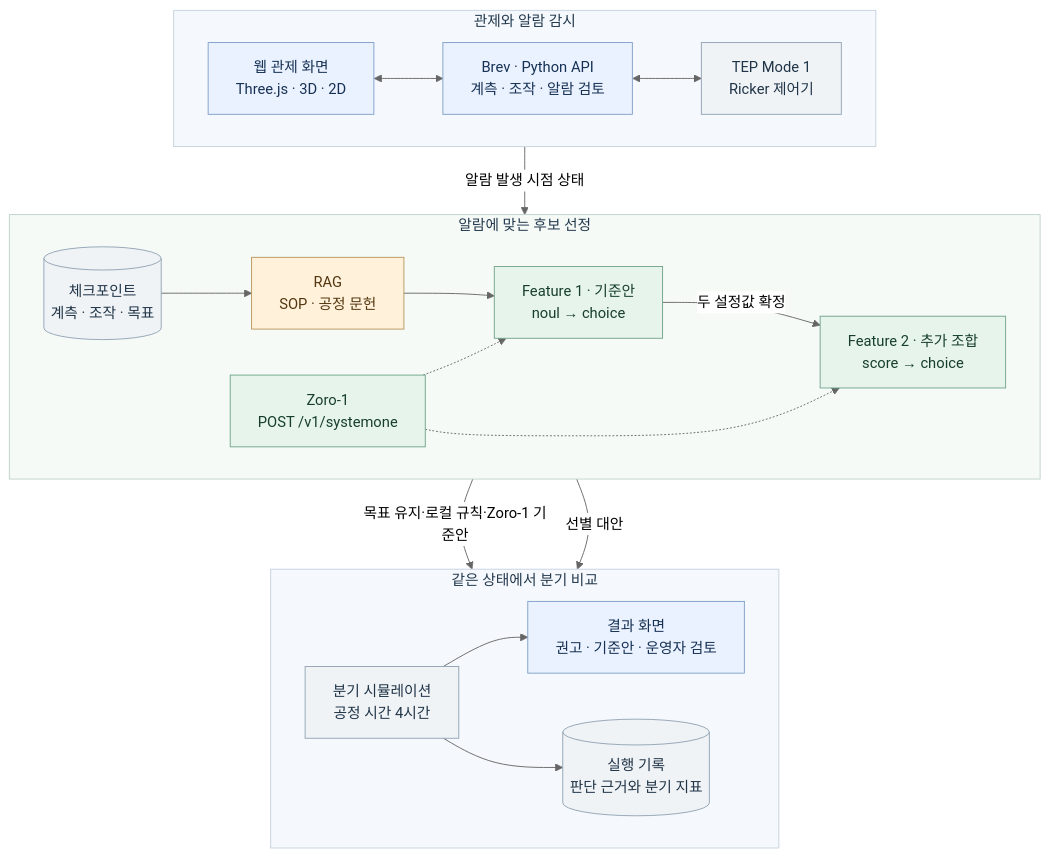
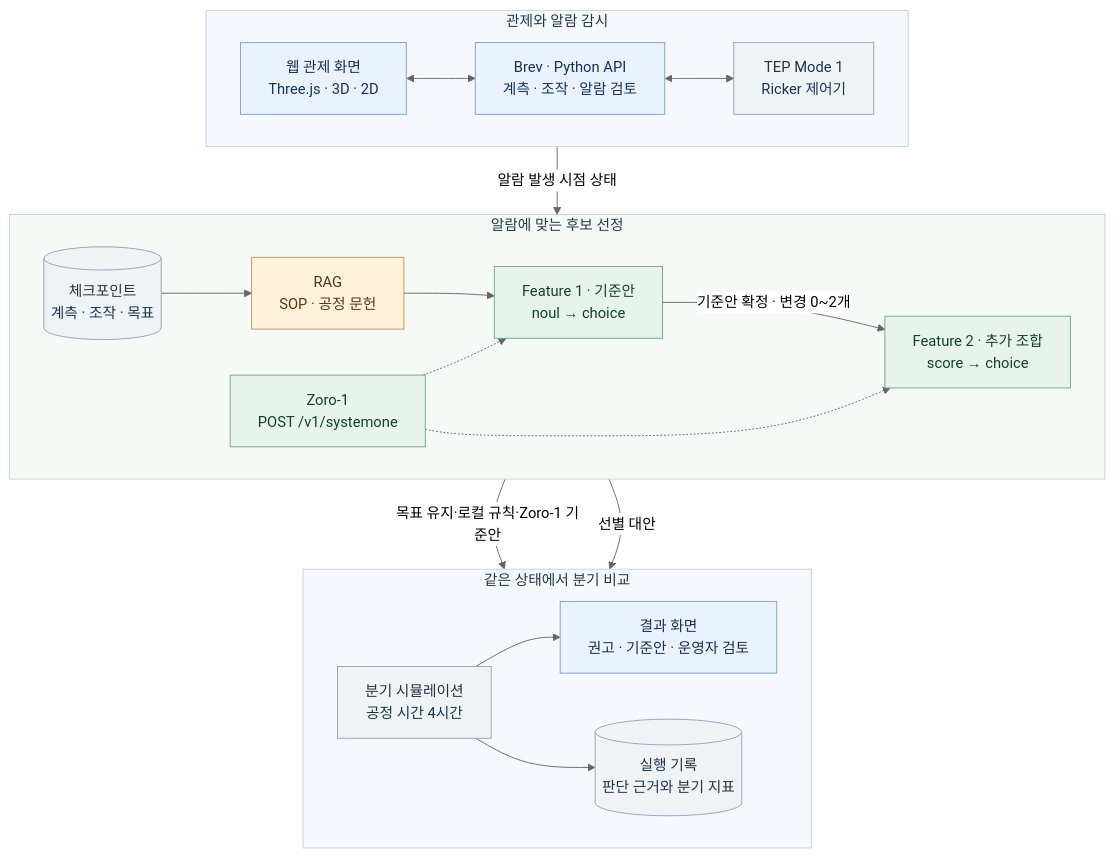
The first of 3 diagrams in README.md (Labtrillion/protopilot), drawn with Mermaid (neutral theme) before and after one commit. The commit also changed other lines of this file and 3 other files, not shown here.

````diff
--- a/README.md
+++ b/README.md
@@ -146,50 +158,50 @@
 ```mermaid
 flowchart TB
   accTitle: ProtoPilot 서비스 아키텍처
 
   subgraph LIVE["관제와 알람 감시"]
     direction LR
     WEB["웹 관제 화면<br/>Three.js · 3D · 2D"]
     API["Brev · Python API<br/>계측 · 조작 · 알람 검토"]
     TEP["TEP Mode 1<br/>Ricker 제어기"]
     WEB <--> API <--> TEP
   end
 
   subgraph REVIEW["알람에 맞는 후보 선정"]
     direction LR
     SNAP[("체크포인트<br/>계측 · 조작 · 목표")]
     RAG["RAG<br/>SOP · 공정 문헌"]
     F1["Feature 1 · 기준안<br/>noul → choice"]
     F2["Feature 2 · 추가 조합<br/>score → choice"]
     ZORO["Zoro-1<br/>POST /v1/systemone"]
     SNAP --> RAG --> F1
-    F1 -->|두 설정값 확정| F2
+    F1 -->|기준안 확정 · 변경 0~2개| F2
     ZORO -.-> F1
     ZORO -.-> F2
   end
 
   subgraph COMPARE["같은 상태에서 분기 비교"]
     direction LR
     RUN["분기 시뮬레이션<br/>공정 시간 4시간"]
     RESULTS["결과 화면<br/>권고 · 기준안 · 운영자 검토"]
     TRACE[("실행 기록<br/>판단 근거와 분기 지표")]
     RUN --> RESULTS
     RUN --> TRACE
   end
 
   TEP -->|알람 발생 시점 상태| SNAP
   F1 -->|목표 유지·로컬 규칙·Zoro-1 기준안| RUN
   F2 -->|선별 대안| RUN
 
   classDef ui fill:#eaf2ff,stroke:#7f9ec8,color:#163154
   classDef sim fill:#eff3f6,stroke:#93a3b3,color:#203447
   classDef decision fill:#e6f4eb,stroke:#70a48a,color:#173e2d
   classDef evidence fill:#fff1da,stroke:#ba945d,color:#543710
   class WEB,API,RESULTS ui
   class TEP,SNAP,RUN,TRACE sim
   class ZORO,F1,F2 decision
   class RAG evidence
   style LIVE fill:#f5f8fc,stroke:#c5d2df,color:#23394d
   style REVIEW fill:#f5faf7,stroke:#bed3c7,color:#23394d
   style COMPARE fill:#f5f8fc,stroke:#c5d2df,color:#23394d
 ```
````
